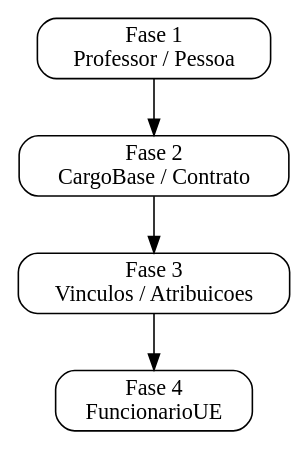
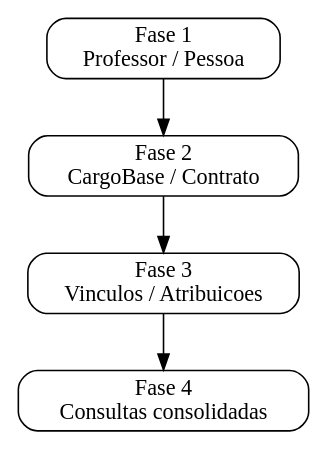
The diagram in docs/dominios/professores/visao_geral.md (prefeiturasp/SME-IntegracaoEOL-MS-ETL), drawn with Graphviz before and after one commit. The commit also changed other lines of this file and 15 other files, not shown here.

````diff
--- a/docs/dominios/professores/visao_geral.md
+++ b/docs/dominios/professores/visao_geral.md
@@ -50,13 +51,13 @@
 ```{graphviz}
 digraph G {
     rankdir=TB;
     node [shape=box, style="rounded"];
 
     F1 [label="Fase 1\nProfessor / Pessoa"];
     F2 [label="Fase 2\nCargoBase / Contrato"];
     F3 [label="Fase 3\nVinculos / Atribuicoes"];
-    F4 [label="Fase 4\nFuncionarioUE"];
+    F4 [label="Fase 4\nConsultas consolidadas"];
 
     F1 -> F2 -> F3 -> F4;
 }
 ```
````
